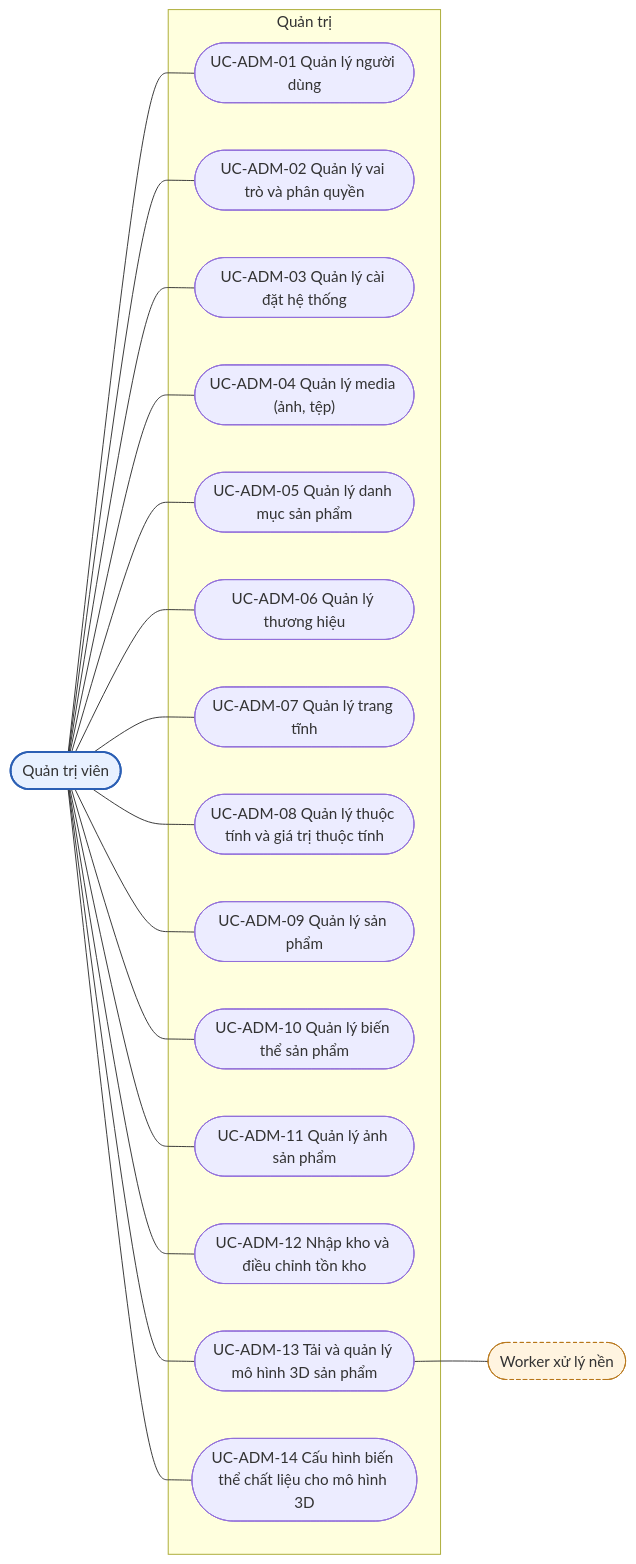
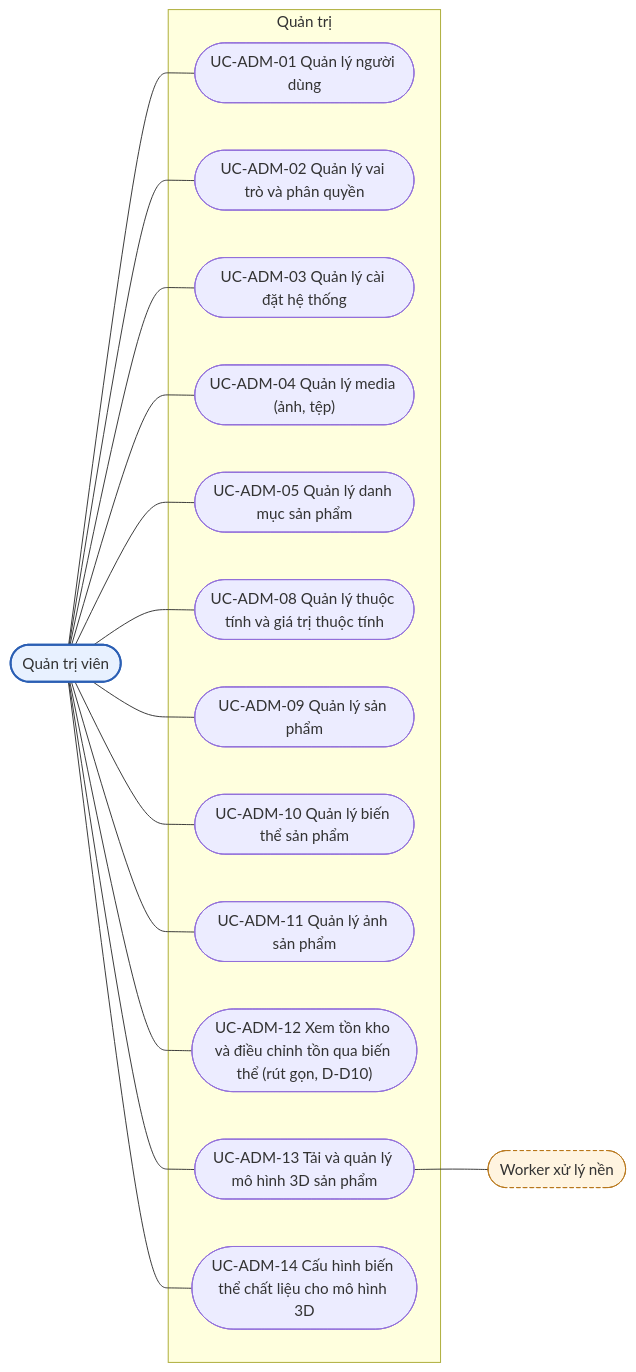
Before and after one commit to 2431540234-arch/XDUDTMDT: the fourth of 13 diagrams in docs/DAC_TA_CHUC_NANG_THEO_VAI_TRO.md, drawn with Mermaid. The commit also changed other lines of this file and 19 other files, not shown here.

First line of the commit message:
docs: cập nhật tài liệu theo schema 32 bảng

````diff
--- a/docs/DAC_TA_CHUC_NANG_THEO_VAI_TRO.md
+++ b/docs/DAC_TA_CHUC_NANG_THEO_VAI_TRO.md
@@ -519,38 +487,34 @@
 ```mermaid
 flowchart LR
     A(["Quản trị viên"]):::actor
     WK(["Worker xử lý nền"]):::ext
     subgraph SG_ADM["Quản trị"]
         UC_ADM_01(["UC-ADM-01 Quản lý người dùng"])
         UC_ADM_02(["UC-ADM-02 Quản lý vai trò và phân quyền"])
         UC_ADM_03(["UC-ADM-03 Quản lý cài đặt hệ thống"])
         UC_ADM_04(["UC-ADM-04 Quản lý media (ảnh, tệp)"])
         UC_ADM_05(["UC-ADM-05 Quản lý danh mục sản phẩm"])
-        UC_ADM_06(["UC-ADM-06 Quản lý thương hiệu"])
-        UC_ADM_07(["UC-ADM-07 Quản lý trang tĩnh"])
         UC_ADM_08(["UC-ADM-08 Quản lý thuộc tính và giá trị thuộc tính"])
         UC_ADM_09(["UC-ADM-09 Quản lý sản phẩm"])
         UC_ADM_10(["UC-ADM-10 Quản lý biến thể sản phẩm"])
         UC_ADM_11(["UC-ADM-11 Quản lý ảnh sản phẩm"])
-        UC_ADM_12(["UC-ADM-12 Nhập kho và điều chỉnh tồn kho"])
+        UC_ADM_12(["UC-ADM-12 Xem tồn kho và điều chỉnh tồn qua biến thể (rút gọn, D-D10)"])
         UC_ADM_13(["UC-ADM-13 Tải và quản lý mô hình 3D sản phẩm"])
         UC_ADM_14(["UC-ADM-14 Cấu hình biến thể chất liệu cho mô hình 3D"])
     end
     A --- UC_ADM_01
     A --- UC_ADM_02
     A --- UC_ADM_03
     A --- UC_ADM_04
     A --- UC_ADM_05
-    A --- UC_ADM_06
-    A --- UC_ADM_07
     A --- UC_ADM_08
     A --- UC_ADM_09
     A --- UC_ADM_10
     A --- UC_ADM_11
     A --- UC_ADM_12
     A --- UC_ADM_13
     A --- UC_ADM_14
     UC_ADM_13 --- WK
     classDef actor fill:#e8f1ff,stroke:#2b5fb4,stroke-width:2px
     classDef ext fill:#fff4e0,stroke:#b8761a,stroke-dasharray: 4 3
 ```
````
